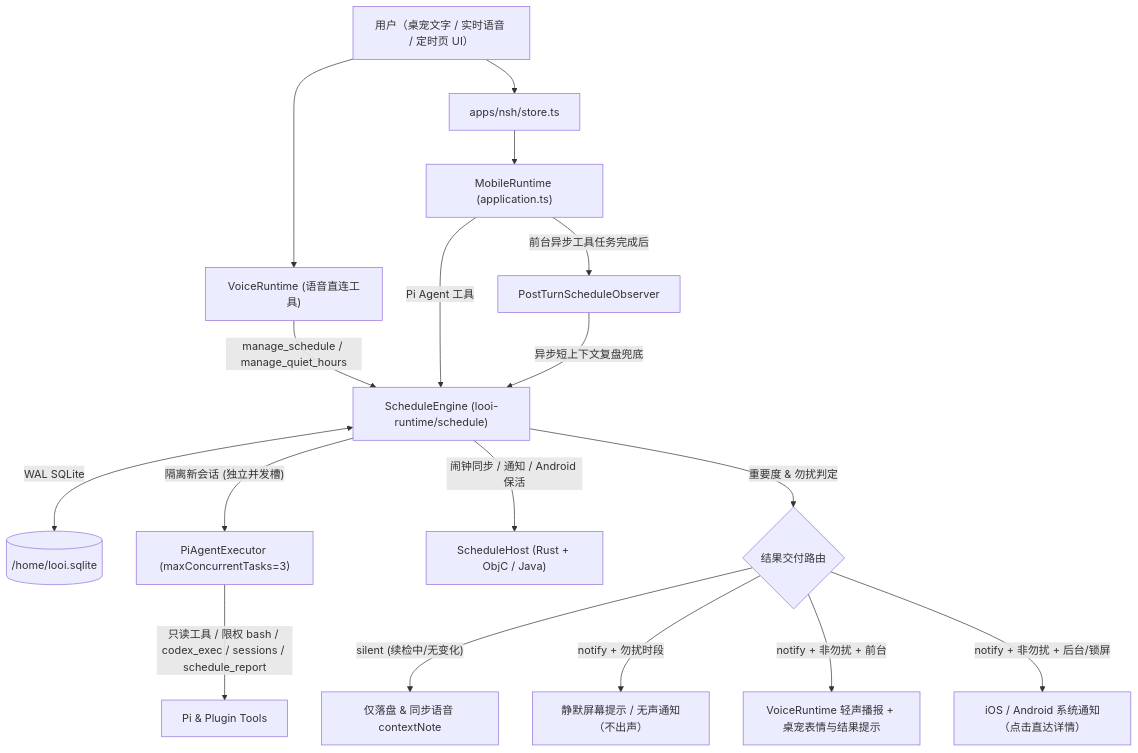
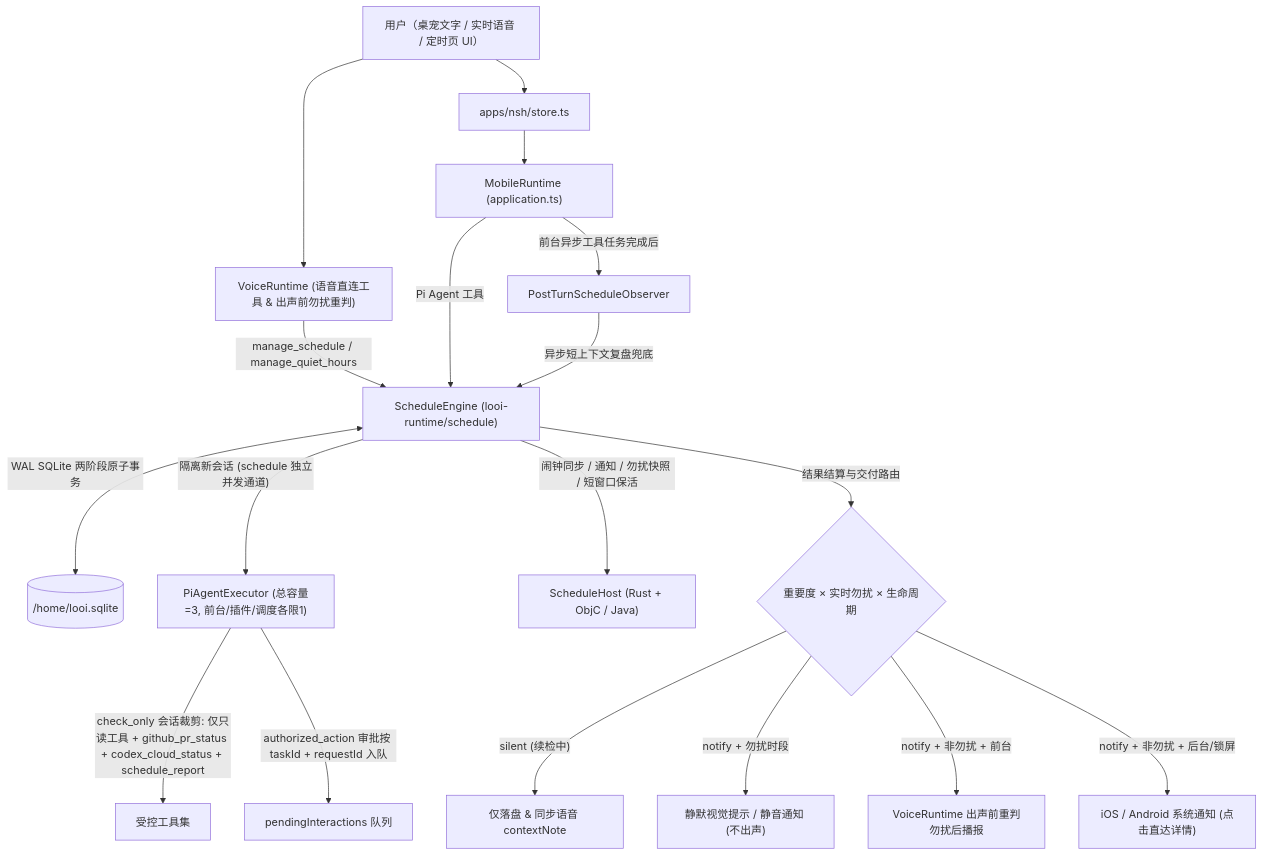
The diagram in docs/plans/lightweight-schedule-plan.md (GrinZero/super-looi), drawn with Mermaid before and after one commit. The commit also changed other lines of this file and 9 other files, not shown here.

Commit message:
fix(schedule): address simulator UI polish, lazy fetch, and test host limits

````diff
--- a/docs/plans/lightweight-schedule-plan.md
+++ b/docs/plans/lightweight-schedule-plan.md
@@ -34,19 +36,20 @@
 ```mermaid
 flowchart TD
     User["用户（桌宠文字 / 实时语音 / 定时页 UI）"] --> Store["apps/nsh/store.ts"]
-    User --> VoiceRT["VoiceRuntime (语音直连工具)"]
+    User --> VoiceRT["VoiceRuntime (语音直连工具 & 出声前勿扰重判)"]
     Store --> MobileRT["MobileRuntime (application.ts)"]
     VoiceRT -->|"manage_schedule / manage_quiet_hours"| Engine["ScheduleEngine (looi-runtime/schedule)"]
     MobileRT -->|"Pi Agent 工具"| Engine
     MobileRT -->|"前台异步工具任务完成后"| Observer["PostTurnScheduleObserver"]
     Observer -->|"异步短上下文复盘兜底"| Engine
-    Engine <-->|"WAL SQLite"| DB[("/home/looi.sqlite")]
-    Engine -->|"隔离新会话 (独立并发槽)"| PiExec["PiAgentExecutor (maxConcurrentTasks=3)"]
-    PiExec -->|"只读工具 / 限权 bash / codex_exec / sessions / schedule_report"| Tools["Pi & Plugin Tools"]
-    Engine -->|"闹钟同步 / 通知 / Android 保活"| Native["ScheduleHost (Rust + ObjC / Java)"]
-    Engine -->|"重要度 & 勿扰判定"| Delivery{"结果交付路由"}
-    Delivery -->|"silent (续检中/无变化)"| SilentLog["仅落盘 & 同步语音 contextNote"]
-    Delivery -->|"notify + 勿扰时段"| QuietUI["静默屏幕提示 / 无声通知（不出声）"]
-    Delivery -->|"notify + 非勿扰 + 前台"| VoiceSpeak["VoiceRuntime 轻声播报 + 桌宠表情与结果提示"]
-    Delivery -->|"notify + 非勿扰 + 后台/锁屏"| OsNotify["iOS / Android 系统通知（点击直达详情）"]
+    Engine <-->|"WAL SQLite 两阶段原子事务"| DB[("/home/looi.sqlite")]
+    Engine -->|"隔离新会话 (schedule 独立并发通道)"| PiExec["PiAgentExecutor (总容量=3, 前台/插件/调度各限1)"]
+    PiExec -->|"check_only 会话裁剪: 仅只读工具 + github_pr_status + codex_cloud_status + schedule_report"| Tools["受控工具集"]
+    PiExec -->|"authorized_action 审批按 taskId + requestId 入队"| ApprovalQ["pendingInteractions 队列"]
+    Engine -->|"闹钟同步 / 通知 / 勿扰快照 / 短窗口保活"| Native["ScheduleHost (Rust + ObjC / Java)"]
+    Engine -->|"结果结算与交付路由"| Delivery{"重要度 × 实时勿扰 × 生命周期"}
+    Delivery -->|"silent (续检中)"| SilentLog["仅落盘 & 同步语音 contextNote"]
+    Delivery -->|"notify + 勿扰时段"| QuietUI["静默视觉提示 / 静音通知 (不出声)"]
+    Delivery -->|"notify + 非勿扰 + 前台"| VoiceSpeak["VoiceRuntime 出声前重判勿扰后播报"]
+    Delivery -->|"notify + 非勿扰 + 后台/锁屏"| OsNotify["iOS / Android 系统通知 (点击直达详情)"]
 ```
````
